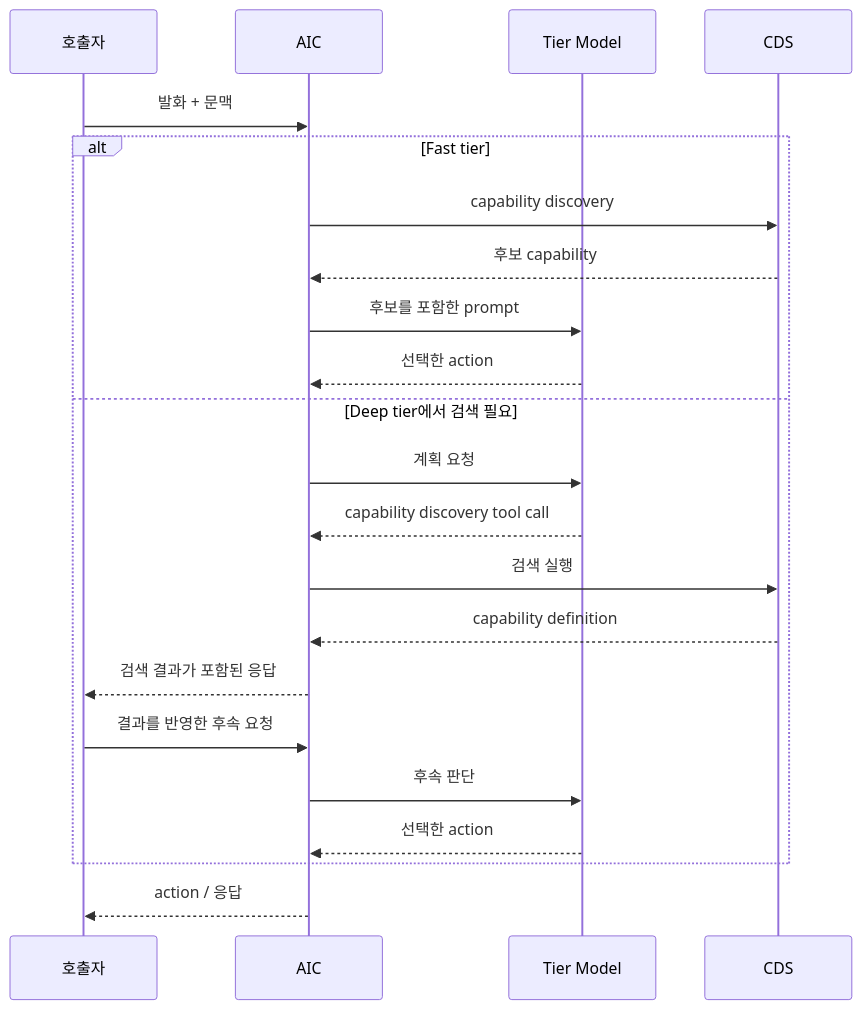
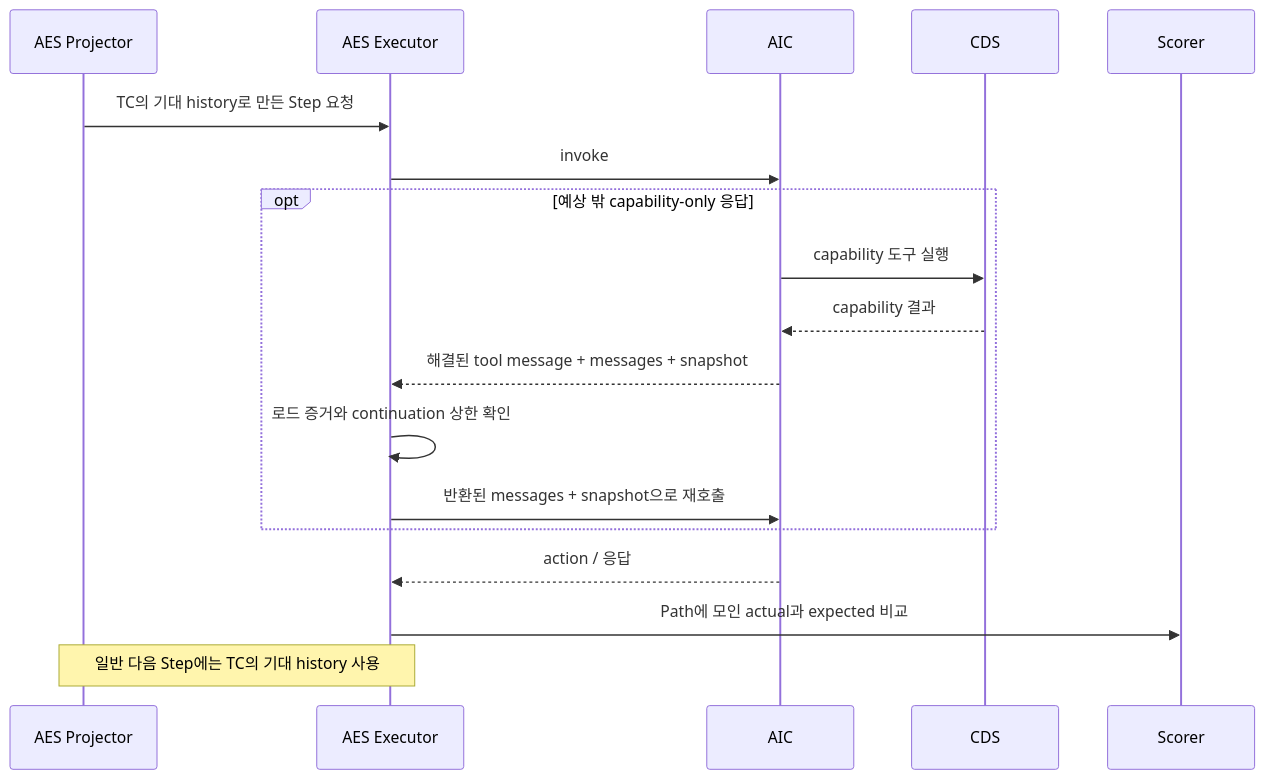
One commit to jwlee3746/jwlee3746.github.io changed the eighth of 12 diagrams in docs/aic-evolution-and-evaluator.md. Above: the diagram before and after it, drawn with Mermaid. The commit also changed other lines of this file and 1 other file, not shown here.

Commit message:
docs: trace evaluation evolution toward hybrid AES

````diff
--- a/docs/aic-evolution-and-evaluator.md
+++ b/docs/aic-evolution-and-evaluator.md
@@ -241,24 +212,20 @@
 ```mermaid
 sequenceDiagram
-    participant C as 호출자
+    participant P as AES Projector
+    participant E as AES Executor
     participant A as AIC
-    participant M as Tier Model
     participant D as CDS
-    C->>A: 발화 + 문맥
-    alt Fast tier
-        A->>D: capability discovery
-        D-->>A: 후보 capability
-        A->>M: 후보를 포함한 prompt
-        M-->>A: 선택한 action
-    else Deep tier에서 검색 필요
-        A->>M: 계획 요청
-        M-->>A: capability discovery tool call
-        A->>D: 검색 실행
-        D-->>A: capability definition
-        A-->>C: 검색 결과가 포함된 응답
-        C->>A: 결과를 반영한 후속 요청
-        A->>M: 후속 판단
-        M-->>A: 선택한 action
+    participant G as Scorer
+    P->>E: TC의 기대 history로 만든 Step 요청
+    E->>A: invoke
+    opt 예상 밖 capability-only 응답
+        A->>D: capability 도구 실행
+        D-->>A: capability 결과
+        A-->>E: 해결된 tool message + messages + snapshot
+        E->>E: 로드 증거와 continuation 상한 확인
+        E->>A: 반환된 messages + snapshot으로 재호출
     end
-    A-->>C: action / 응답
+    A-->>E: action / 응답
+    E->>G: Path에 모인 actual과 expected 비교
+    Note over P,E: 일반 다음 Step에는 TC의 기대 history 사용
 ```
````
